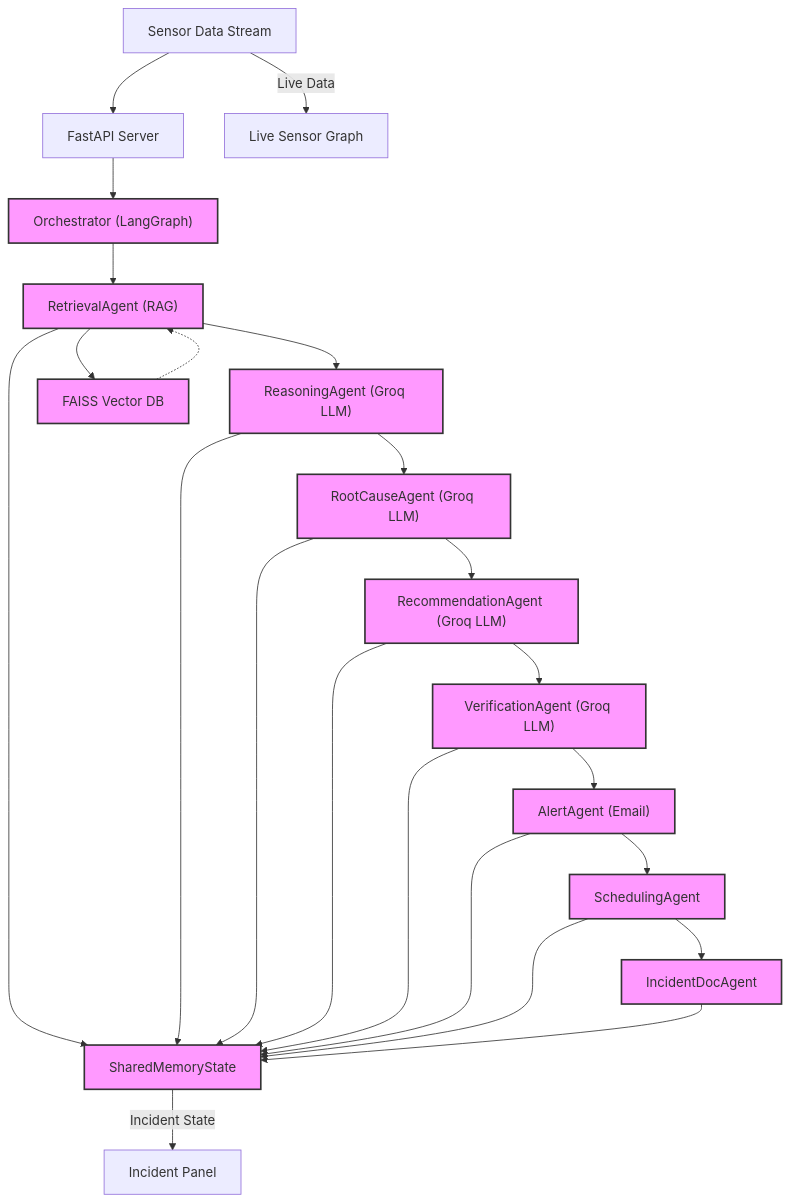
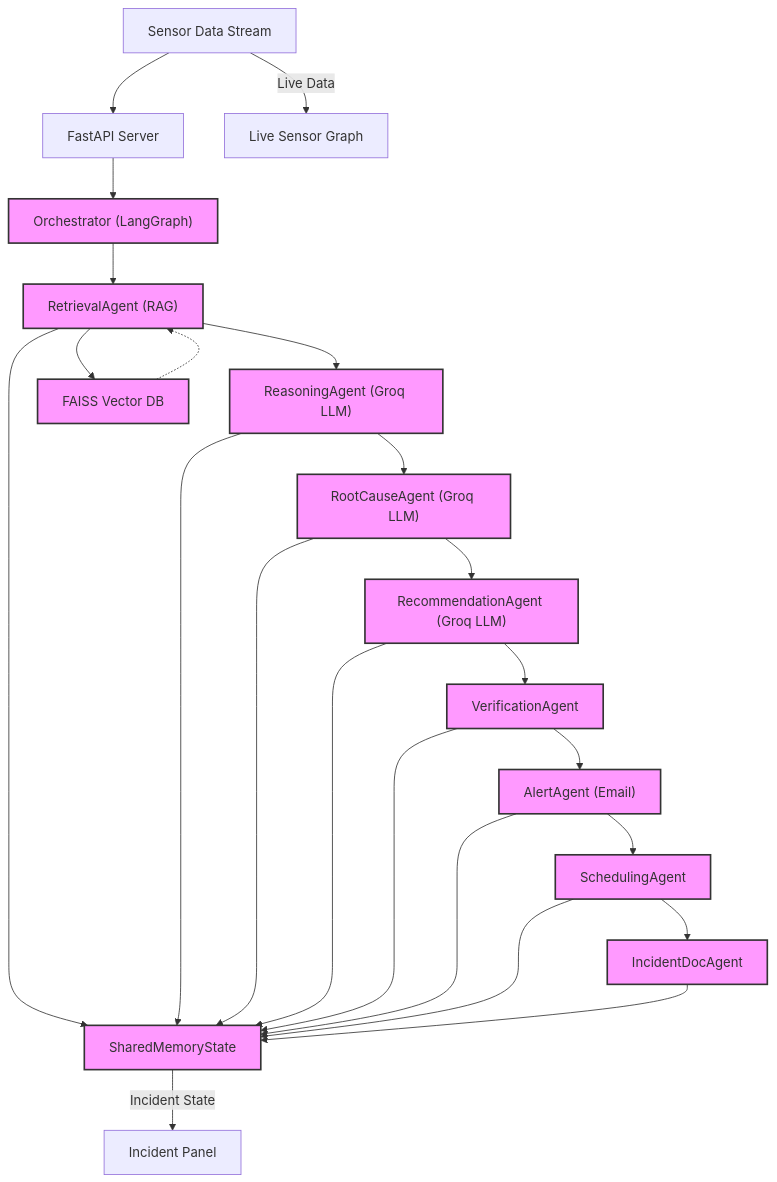
Before and after one commit to Anjana-Mahadev/predictive_maintenance: the second of 2 diagrams in README.md, drawn with Mermaid. The commit also changed other lines of this file and 31 other files, not shown here.

Commit message:
new agentic flow

````diff
--- a/README.md
+++ b/README.md
@@ -82,50 +179,50 @@
 ```mermaid
 flowchart TD
    %% Data
    A["Sensor Data Stream"]
 
    %% Backend
    B["FastAPI Server"]
    O["Orchestrator (LangGraph)"]
    B1["RetrievalAgent (RAG)"]
    B2["ReasoningAgent (Groq LLM)"]
    B3["RootCauseAgent (Groq LLM)"]
    B4["RecommendationAgent (Groq LLM)"]
-   B5["VerificationAgent (Groq LLM)"]
+   B5["VerificationAgent"]
    B6["AlertAgent (Email)"]
    B7["SchedulingAgent"]
    B8["IncidentDocAgent"]
    M["SharedMemoryState"]
    V["FAISS Vector DB"]
 
    %% Frontend
    F1["Live Sensor Graph"]
    F2["Incident Panel"]
 
    %% Connections
    A --> B
    B --> O
    O --> B1
    B1 --> V
    B1 --> M
    B1 --> B2
    B2 --> M
    B2 --> B3
    B3 --> M
    B3 --> B4
    B4 --> M
    B4 --> B5
    B5 --> M
    B5 --> B6
    B6 --> M
    B6 --> B7
    B7 --> M
    B7 --> B8
    B8 --> M
    M -- "Incident State" --> F2
    A -- "Live Data" --> F1
    V -.-> B1
 
    classDef agent fill:#f9f,stroke:#333,stroke-width:2px;
    class B1,B2,B3,B4,B5,B6,B7,B8,O,M,V agent;
 ```
````
